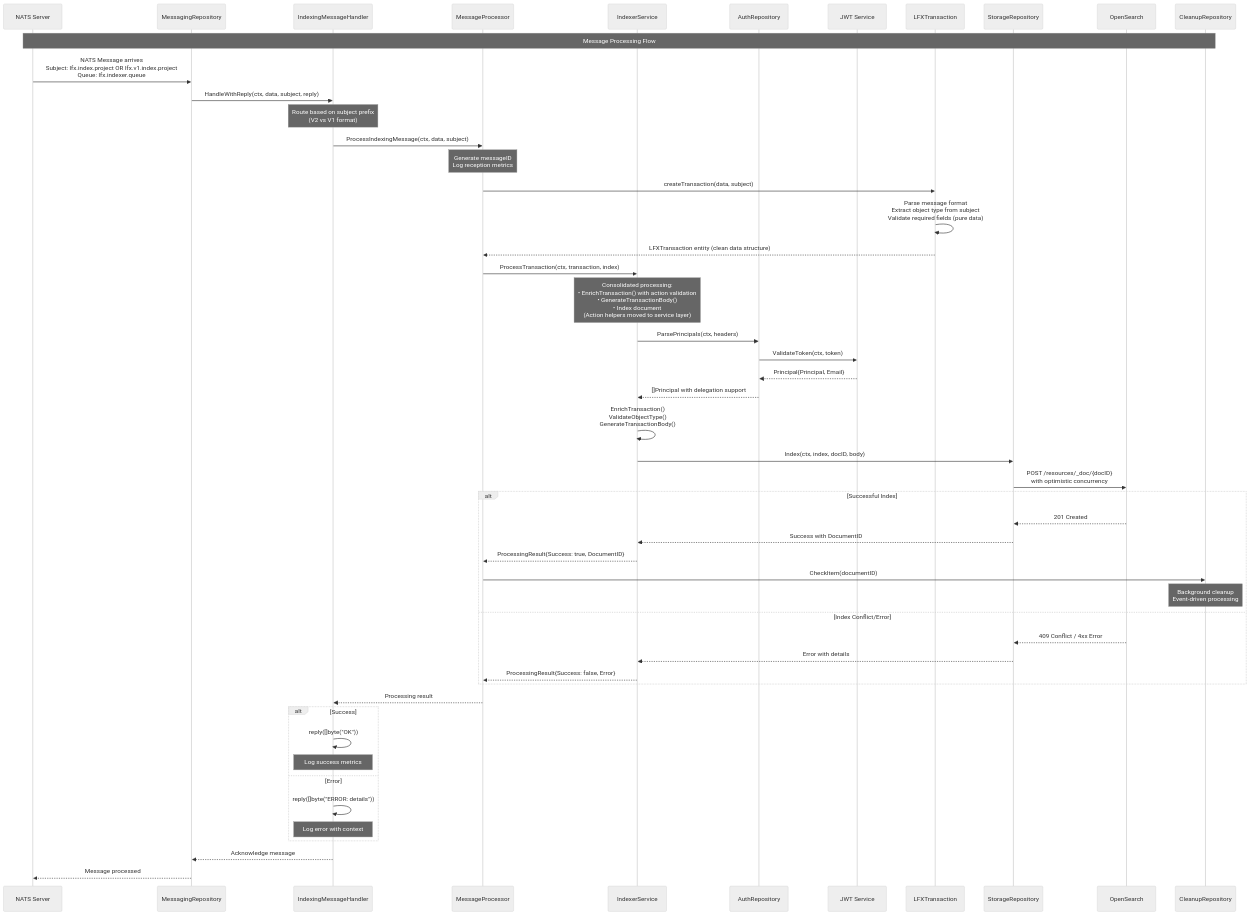
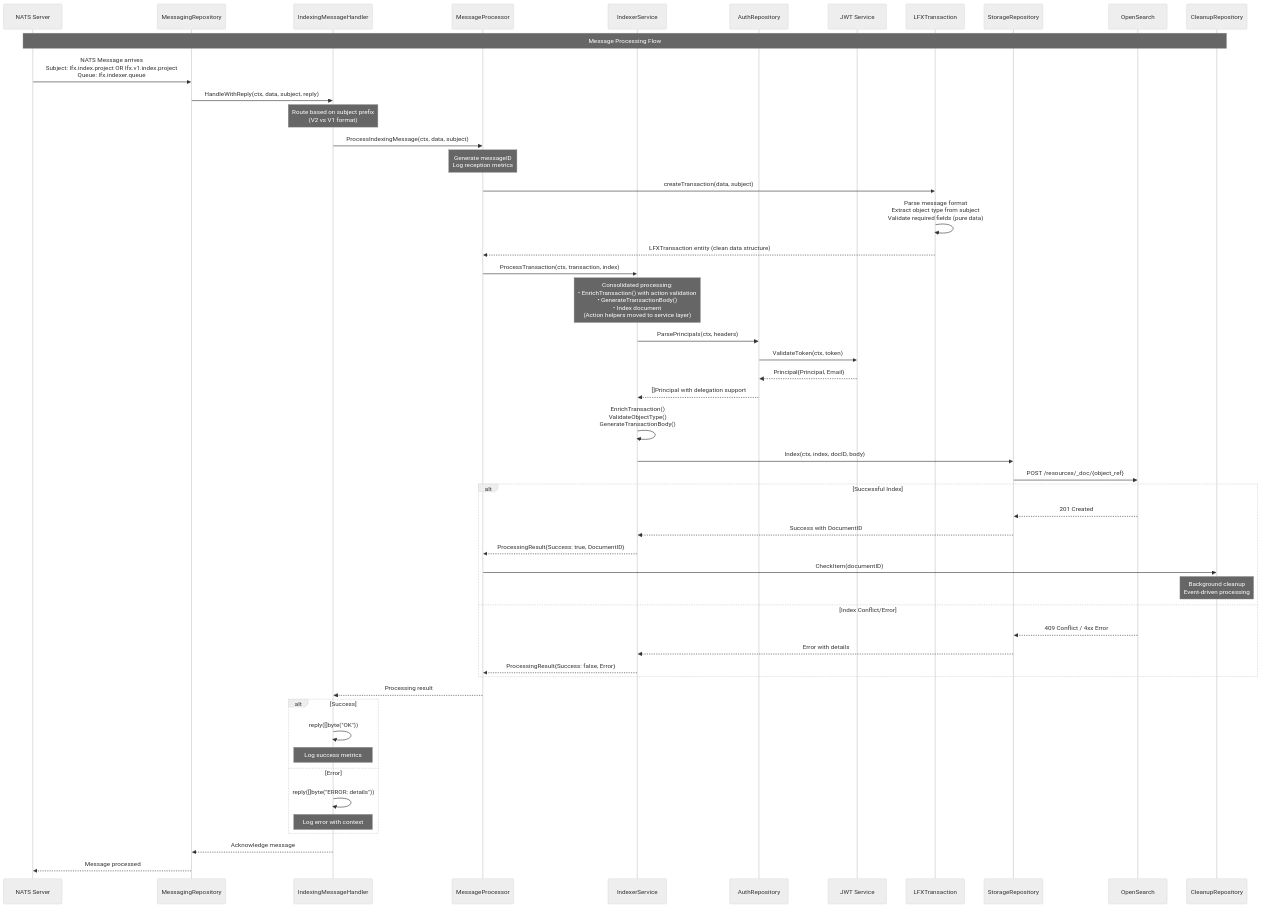
Before and after one commit to linuxfoundation/lfx-v2-indexer-service: the second of 2 diagrams in README.md, drawn with Mermaid (neutral theme). The commit also changed other lines of this file and 13 other files, not shown here.

````diff
--- a/README.md
+++ b/README.md
@@ -225,78 +229,78 @@
 ```mermaid
 sequenceDiagram
     participant NATS as NATS Server
     participant MR as MessagingRepository
     participant UH as IndexingMessageHandler
     participant MP as MessageProcessor
     participant IS as IndexerService
     participant AR as AuthRepository
     participant JWT as JWT Service
     participant TE as LFXTransaction
     participant SR as StorageRepository
     participant OS as OpenSearch
     participant CR as CleanupRepository
 
     Note over NATS,CR: Message Processing Flow
 
     %% Message Arrival & Presentation Layer
     NATS->>MR: NATS Message arrives<br/>Subject: lfx.index.project OR lfx.v1.index.project<br/>Queue: lfx.indexer.queue
 
     MR->>UH: HandleWithReply(ctx, data, subject, reply)
     Note over UH: Route based on subject prefix<br/>(V2 vs V1 format)
 
     %% Application Layer Coordination
     UH->>MP: ProcessIndexingMessage(ctx, data, subject)
     Note over MP: Generate messageID<br/>Log reception metrics
 
     %% Transaction Creation & Validation
     MP->>TE: createTransaction(data, subject)
     TE->>TE: Parse message format<br/>Extract object type from subject<br/>Validate required fields (pure data)
     TE-->>MP: LFXTransaction entity (clean data structure)
 
     %% Domain Layer Business Logic
     MP->>IS: ProcessTransaction(ctx, transaction, index)
 
     Note over IS: Consolidated processing:<br/>• EnrichTransaction() with action validation<br/>• GenerateTransactionBody()<br/>• Index document<br/>(Action helpers moved to service layer)
 
     %% Authentication & Authorization
     IS->>AR: ParsePrincipals(ctx, headers)
     AR->>JWT: ValidateToken(ctx, token)
     JWT-->>AR: Principal{Principal, Email}
     AR-->>IS: []Principal with delegation support
 
     %% Validation & Body Generation
     IS->>IS: EnrichTransaction()<br/>ValidateObjectType()<br/>GenerateTransactionBody()
 
     %% Document Indexing
     IS->>SR: Index(ctx, index, docID, body)
-    SR->>OS: POST /resources/_doc/{docID}<br/>with optimistic concurrency
+    SR->>OS: POST /resources/_doc/{object_ref}
 
     alt Successful Index
         OS-->>SR: 201 Created
         SR-->>IS: Success with DocumentID
 
         %% Background Conflict Resolution
         IS-->>MP: ProcessingResult{Success: true, DocumentID}
         MP->>CR: CheckItem(documentID)
         Note over CR: Background cleanup<br/>Event-driven processing
 
     else Index Conflict/Error
         OS-->>SR: 409 Conflict / 4xx Error
         SR-->>IS: Error with details
         IS-->>MP: ProcessingResult{Success: false, Error}
     end
 
     %% Response Handling
     MP-->>UH: Processing result
 
     alt Success
         UH->>UH: reply([]byte("OK"))
         Note over UH: Log success metrics
     else Error
         UH->>UH: reply([]byte("ERROR: details"))
         Note over UH: Log error with context
     end
 
     UH-->>MR: Acknowledge message
     MR-->>NATS: Message processed
 ```
````
